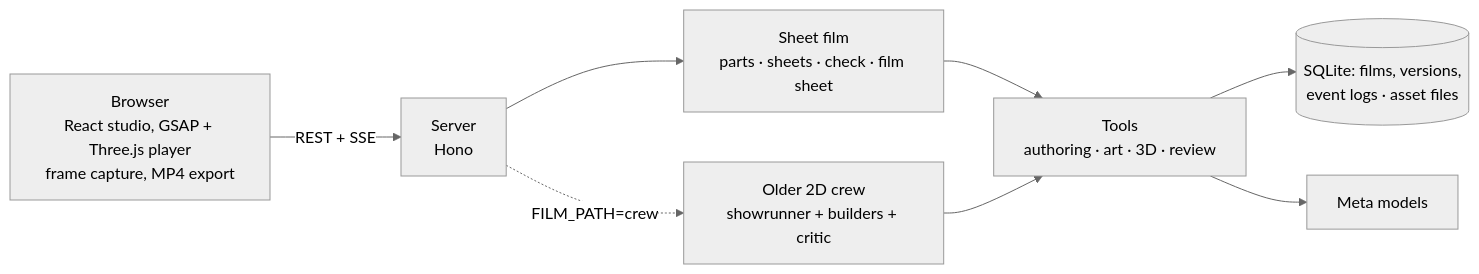
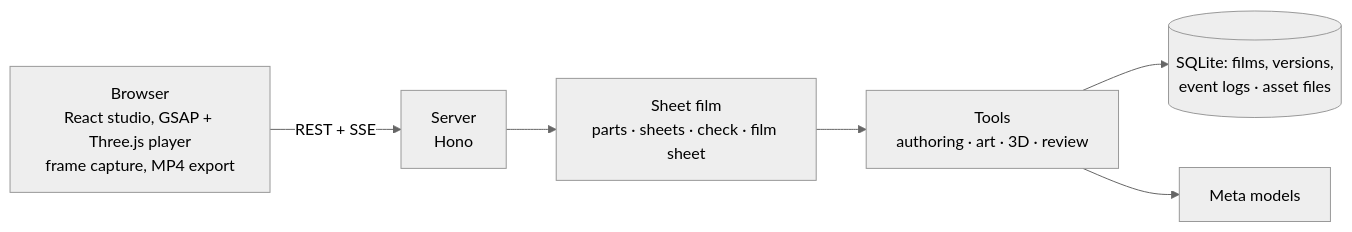
One commit to khanzzirfan/pixitween-director changed the second of 2 diagrams in README.md. Above: the diagram before and after it, drawn with Mermaid (neutral theme). The commit also changed other lines of this file and 12 other files, not shown here.

````diff
--- a/README.md
+++ b/README.md
@@ -309,10 +262,8 @@
 ```mermaid
 flowchart LR
   Browser["Browser<br/>React studio, GSAP + Three.js player<br/>frame capture, MP4 export"] -- "REST + SSE" --> API["Server<br/>Hono"]
   API --> Film["Sheet film<br/>parts · sheets · check · film sheet"]
-  API -. "FILM_PATH=crew" .-> Crew["Older 2D crew<br/>showrunner + builders + critic"]
   Film --> Tools["Tools<br/>authoring · art · 3D · review"]
-  Crew --> Tools
   Tools --> Store[("SQLite: films, versions,<br/>event logs · asset files")]
   Tools --> Meta["Meta models"]
 ```
````
